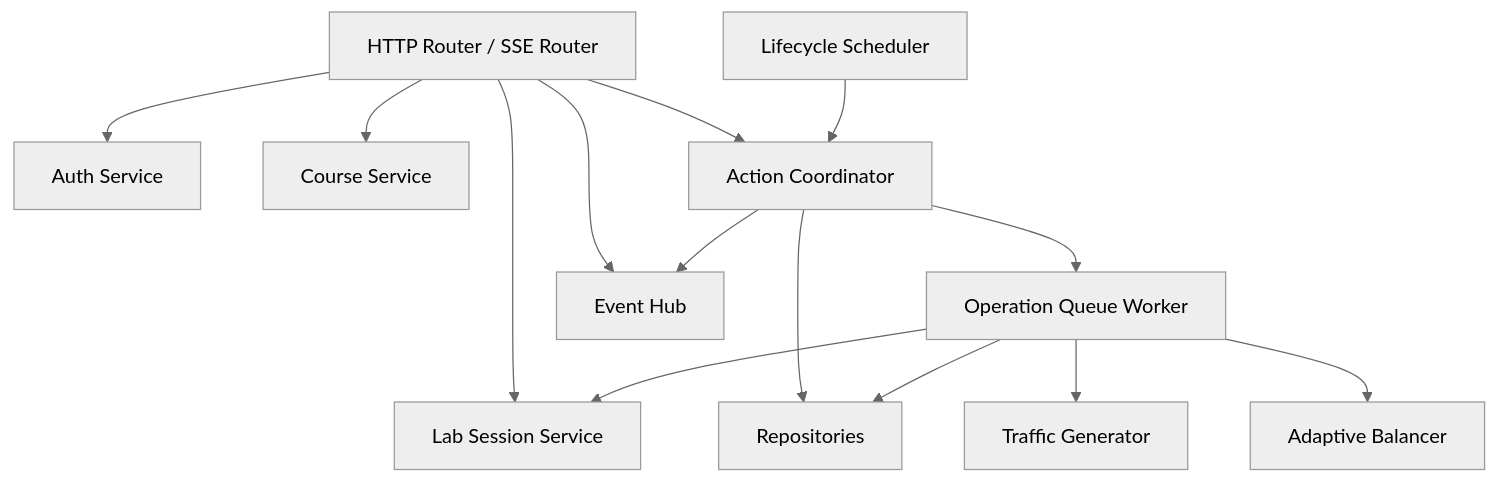
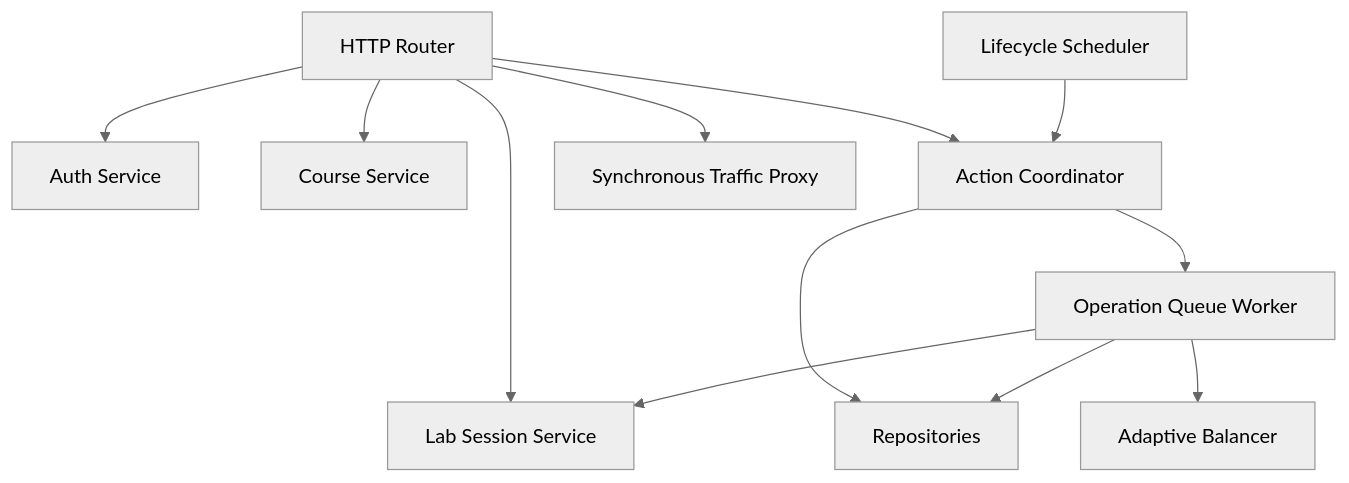
Before and after one commit to Yelo-Pandora/Website-GoBased: the second of 9 diagrams in docs/superpowers/specs/2026-07-12-backend-architecture-learning-platform-design.md, drawn with Mermaid (neutral theme). The commit also changed other lines of this file and 7 other files, not shown here.

```diff
--- a/docs/superpowers/specs/2026-07-12-backend-architecture-learning-platform-design.md
+++ b/docs/superpowers/specs/2026-07-12-backend-architecture-learning-platform-design.md
@@ -128,28 +128,25 @@
 ~~~mermaid
 flowchart TB
-    HTTP["HTTP Router / SSE Router"]
+    HTTP["HTTP Router"]
     Auth["Auth Service"]
     Course["Course Service"]
     Lab["Lab Session Service"]
     Action["Action Coordinator"]
     Queue["Operation Queue Worker"]
-    Traffic["Traffic Generator"]
+    Traffic["Synchronous Traffic Proxy"]
     Adaptive["Adaptive Balancer"]
-    Event["Event Hub"]
     Scheduler["Lifecycle Scheduler"]
     Repo["Repositories"]
 
     HTTP --> Auth
     HTTP --> Course
     HTTP --> Lab
     HTTP --> Action
-    HTTP --> Event
+    HTTP --> Traffic
     Action --> Repo
     Action --> Queue
-    Action --> Event
     Queue --> Lab
-    Queue --> Traffic
     Queue --> Adaptive
     Queue --> Repo
     Scheduler --> Action
 ~~~
```
